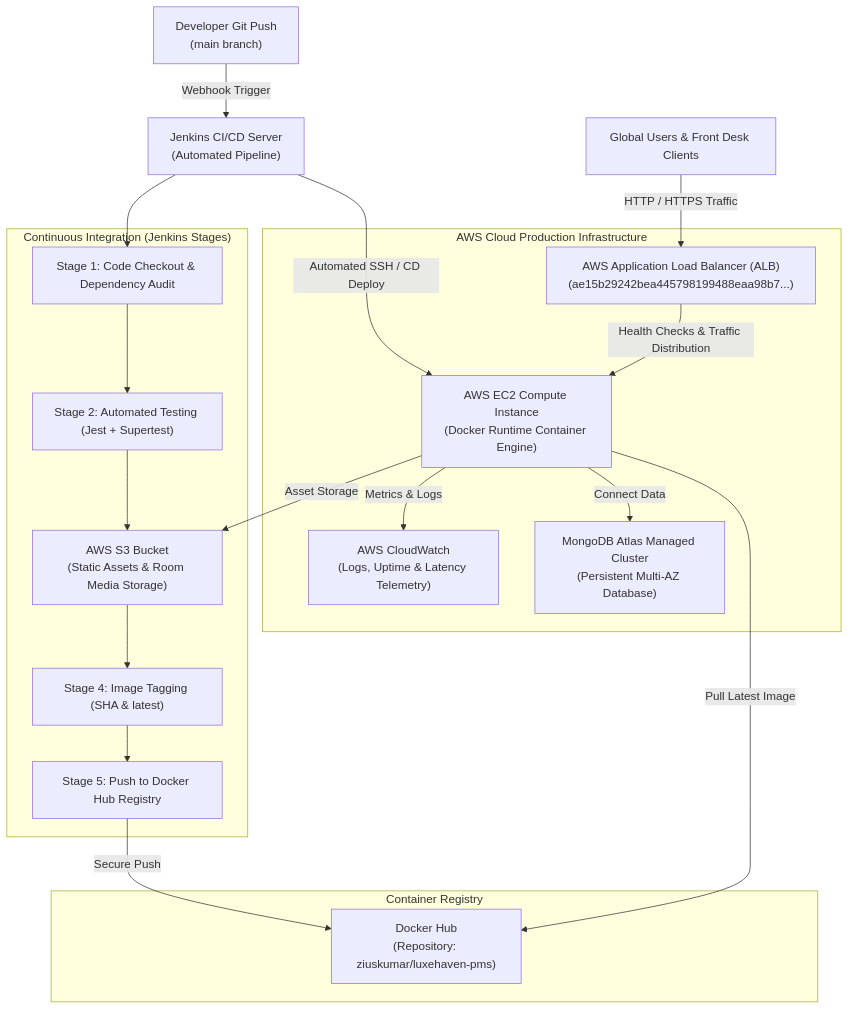
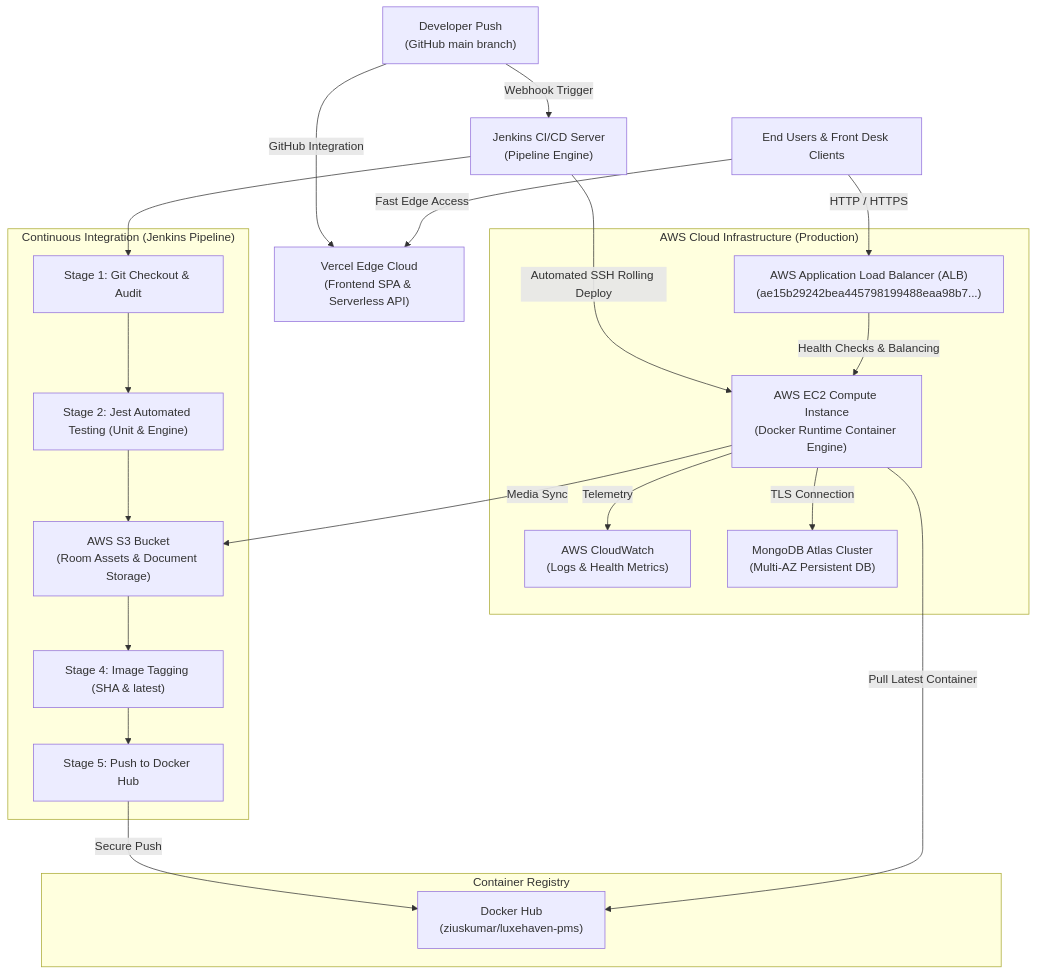
One commit to ziuskumar/Luxe-Haven-Cloud-Based-Hotel-Property-Management-System changed the diagram in README.md. Above: the diagram before and after it, drawn with Mermaid. The commit also changed other lines of this file and 8 other files, not shown here.

````diff
--- a/README.md
+++ b/README.md
@@ -52,36 +115,39 @@
 ```mermaid
 flowchart TD
-    Dev["Developer Git Push\n(main branch)"] -->|Webhook Trigger| Jenkins["Jenkins CI/CD Server\n(Automated Pipeline)"]
+    Dev["Developer Push\n(GitHub main branch)"] -->|Webhook Trigger| Jenkins["Jenkins CI/CD Server\n(Pipeline Engine)"]
+    Dev -->|GitHub Integration| Vercel["Vercel Edge Cloud\n(Frontend SPA & Serverless API)"]
     
-    subgraph CI["Continuous Integration (Jenkins Stages)"]
-        S1["Stage 1: Code Checkout & Dependency Audit"]
-        S2["Stage 2: Automated Testing (Jest + Supertest)"]
-        S3["Stage 3: Multi-Stage Docker Container Build"]
+    subgraph CI["Continuous Integration (Jenkins Pipeline)"]
+        S1["Stage 1: Git Checkout & Audit"]
+        S2["Stage 2: Jest Automated Testing (Unit & Engine)"]
+        S3["Stage 3: Multi-Stage Docker Build (Vite + Node Alpine)"]
         S4["Stage 4: Image Tagging (SHA & latest)"]
-        S5["Stage 5: Push to Docker Hub Registry"]
+        S5["Stage 5: Push to Docker Hub"]
     end
     
     Jenkins --> S1 --> S2 --> S3 --> S4 --> S5
     
     subgraph Hub["Container Registry"]
-        DHub["Docker Hub\n(Repository: ziuskumar/luxehaven-pms)"]
+        DHub["Docker Hub\n(ziuskumar/luxehaven-pms)"]
     end
     
     S5 -->|Secure Push| DHub
     
-    subgraph AWS["AWS Cloud Production Infrastructure"]
+    subgraph AWS["AWS Cloud Infrastructure (Production)"]
         ALB["AWS Application Load Balancer (ALB)\n(ae15b29242bea445798199488eaa98b7...)"]
         EC2["AWS EC2 Compute Instance\n(Docker Runtime Container Engine)"]
-        S3["AWS S3 Bucket\n(Static Assets & Room Media Storage)"]
-        CW["AWS CloudWatch\n(Logs, Uptime & Latency Telemetry)"]
-        Mongo["MongoDB Atlas Managed Cluster\n(Persistent Multi-AZ Database)"]
+        S3["AWS S3 Bucket\n(Room Assets & Document Storage)"]
+        CW["AWS CloudWatch\n(Logs & Health Metrics)"]
+        Mongo["MongoDB Atlas Cluster\n(Multi-AZ Persistent DB)"]
     end
     
-    Jenkins -->|Automated SSH / CD Deploy| EC2
-    EC2 -->|Pull Latest Image| DHub
-    EC2 -->|Connect Data| Mongo
-    EC2 -->|Asset Storage| S3
-    EC2 -->|Metrics & Logs| CW
-    ALB -->|Health Checks & Traffic Distribution| EC2
-    Users["Global Users & Front Desk Clients"] -->|HTTP / HTTPS Traffic| ALB
+    Jenkins -->|Automated SSH Rolling Deploy| EC2
+    EC2 -->|Pull Latest Container| DHub
+    EC2 -->|TLS Connection| Mongo
+    EC2 -->|Media Sync| S3
+    EC2 -->|Telemetry| CW
+    ALB -->|Health Checks & Balancing| EC2
+    
+    Users["End Users & Front Desk Clients"] -->|HTTP / HTTPS| ALB
+    Users -->|Fast Edge Access| Vercel
 ```
````
